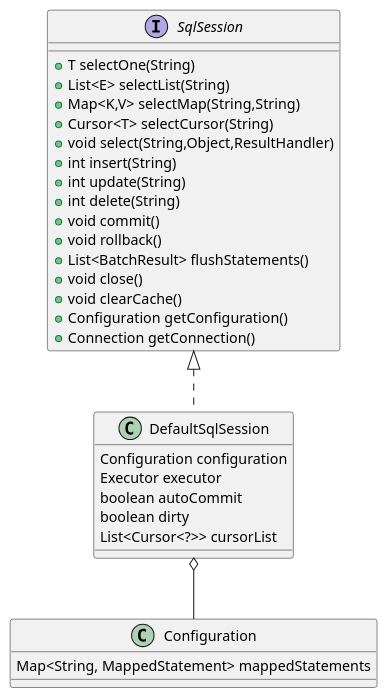
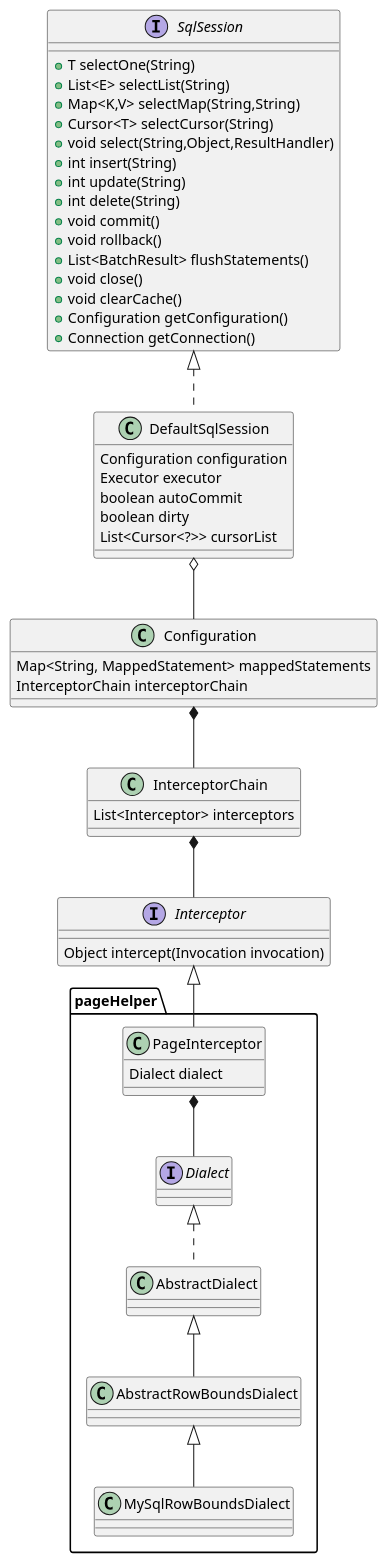
Before and after one commit to kevinwang930/kevinwang930.github.io: the diagram in content/post/java/spring/mybatis.md, drawn with PlantUML. The commit also changed other lines of this file and 3 other files, not shown here.

````diff
--- a/content/post/java/spring/mybatis.md
+++ b/content/post/java/spring/mybatis.md
@@ -20,33 +20,66 @@
 ```plantuml
 
 interface SqlSession  {
 + T selectOne(String)
 + List<E> selectList(String)
 + Map<K,V> selectMap(String,String)
 + Cursor<T> selectCursor(String)
 + void select(String,Object,ResultHandler)
 + int insert(String)
 + int update(String)
 + int delete(String)
 + void commit()
 + void rollback()
 + List<BatchResult> flushStatements()
 + void close()
 + void clearCache()
 + Configuration getConfiguration()
 + Connection getConnection()
 }
 class DefaultSqlSession implements SqlSession {
     Configuration configuration
     Executor executor
     boolean autoCommit
     boolean dirty
     List<Cursor<?>> cursorList
 }
 
 class Configuration {
     Map<String, MappedStatement> mappedStatements
+    InterceptorChain interceptorChain
+}
+
+class InterceptorChain {
+    List<Interceptor> interceptors
 }
 DefaultSqlSession o-- Configuration
+Configuration *-- InterceptorChain
 
+interface Interceptor {
+    Object intercept(Invocation invocation)
+}
+
+package pageHelper {
+
+    class PageInterceptor  {
+        Dialect dialect
+    }
+
+interface Dialect  {
+}
+
+class AbstractDialect implements Dialect{
+}
+class AbstractRowBoundsDialect extends AbstractDialect {
+}
+
+class MySqlRowBoundsDialect extends AbstractRowBoundsDialect{
+}
+
+PageInterceptor *-- Dialect
+}
+
+
+InterceptorChain *-- Interceptor
+Interceptor <|--  PageInterceptor 
 ```
````
